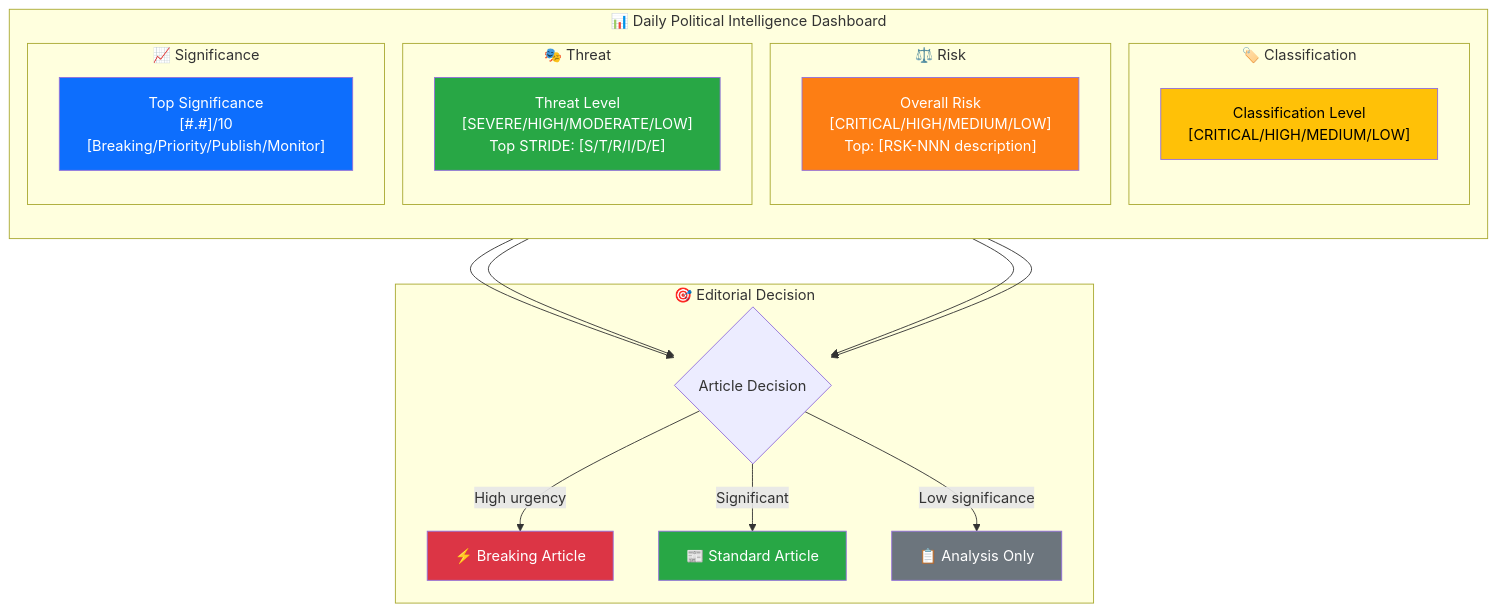
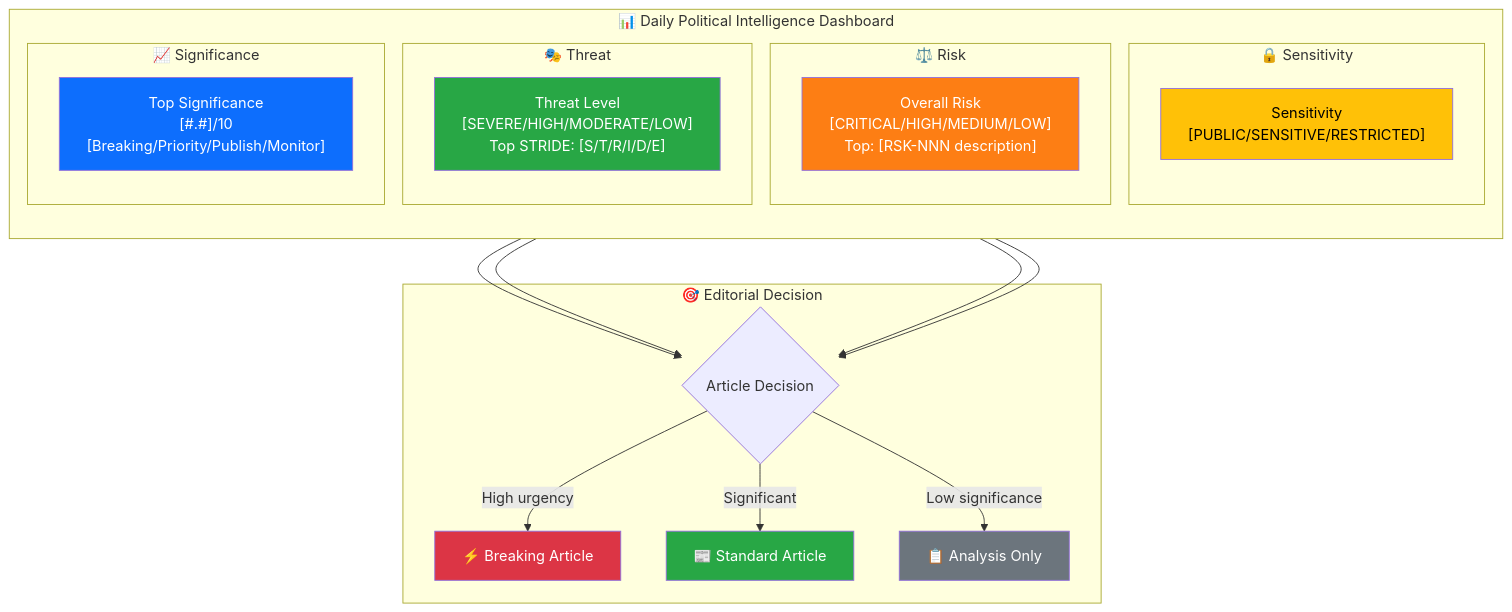
The first of 2 diagrams in analysis/templates/synthesis-summary.md (Hack23/riksdagsmonitor), drawn with Mermaid before and after one commit. The commit also changed 4 other files, not shown here.

First line of the commit message:
Address review round 6: fix classification diagrams, scope dedup to votes, update v1 refs

````diff
--- a/analysis/templates/synthesis-summary.md
+++ b/analysis/templates/synthesis-summary.md
@@ -45,38 +45,38 @@
 ```mermaid
 graph TD
     subgraph "📊 Daily Political Intelligence Dashboard"
         direction TB
-        subgraph "🏷️ Classification"
-            CLS["Classification Level<br/>[CRITICAL/HIGH/MEDIUM/LOW]"]
+        subgraph "🔒 Sensitivity"
+            CLS["Sensitivity<br/>[PUBLIC/SENSITIVE/RESTRICTED]"]
         end
         subgraph "⚖️ Risk"
             RSK["Overall Risk<br/>[CRITICAL/HIGH/MEDIUM/LOW]<br/>Top: [RSK-NNN description]"]
         end
         subgraph "🎭 Threat"
             THR["Threat Level<br/>[SEVERE/HIGH/MODERATE/LOW]<br/>Top STRIDE: [S/T/R/I/D/E]"]
         end
         subgraph "📈 Significance"
             SIG["Top Significance<br/>[#.#]/10<br/>[Breaking/Priority/Publish/Monitor]"]
         end
     end
 
     subgraph "🎯 Editorial Decision"
         DEC{Article Decision}
         DEC -->|"High urgency"| BRK["⚡ Breaking Article"]
         DEC -->|"Significant"| STD["📰 Standard Article"]
         DEC -->|"Low significance"| MON["📋 Analysis Only"]
     end
 
     CLS --> DEC
     RSK --> DEC
     THR --> DEC
     SIG --> DEC
 
     style CLS fill:#ffc107,color:#000
     style RSK fill:#fd7e14,color:#fff
     style THR fill:#28a745,color:#fff
     style SIG fill:#0d6efd,color:#fff
     style BRK fill:#dc3545,color:#fff
     style STD fill:#28a745,color:#fff
     style MON fill:#6c757d,color:#fff
 ```
````
